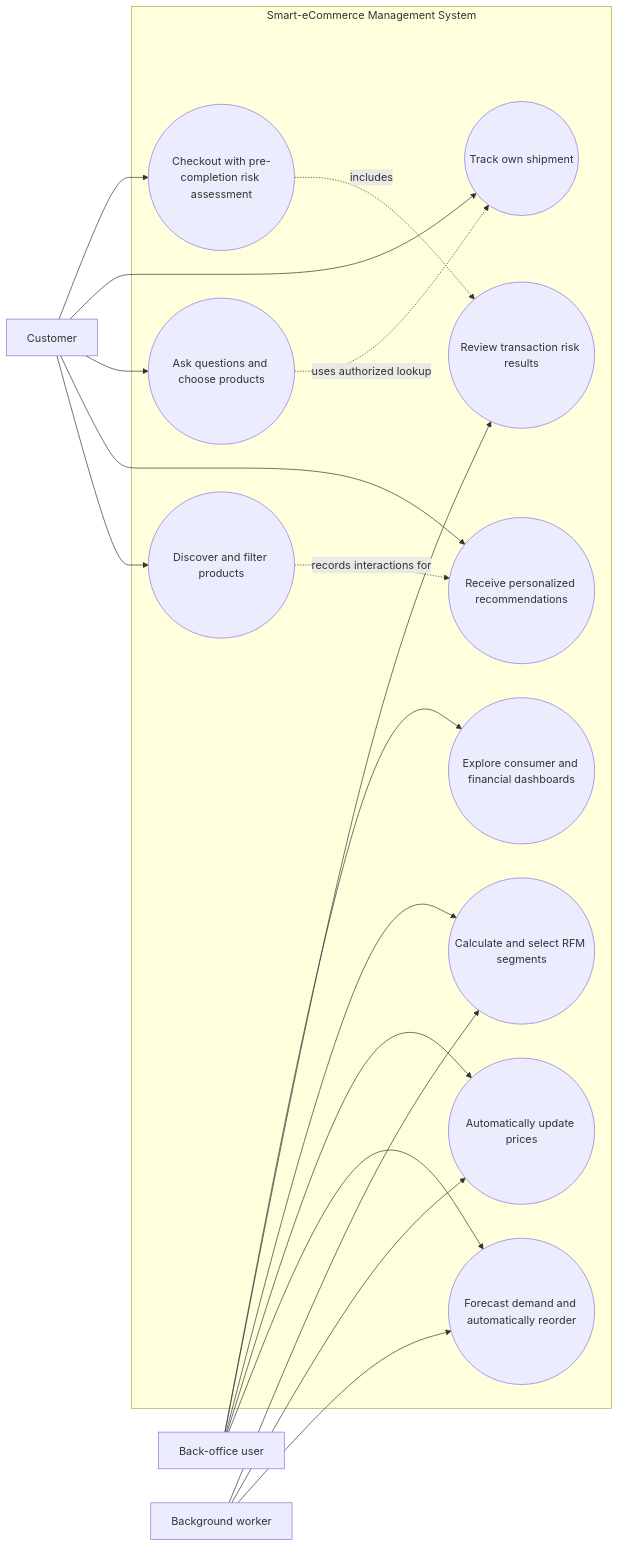
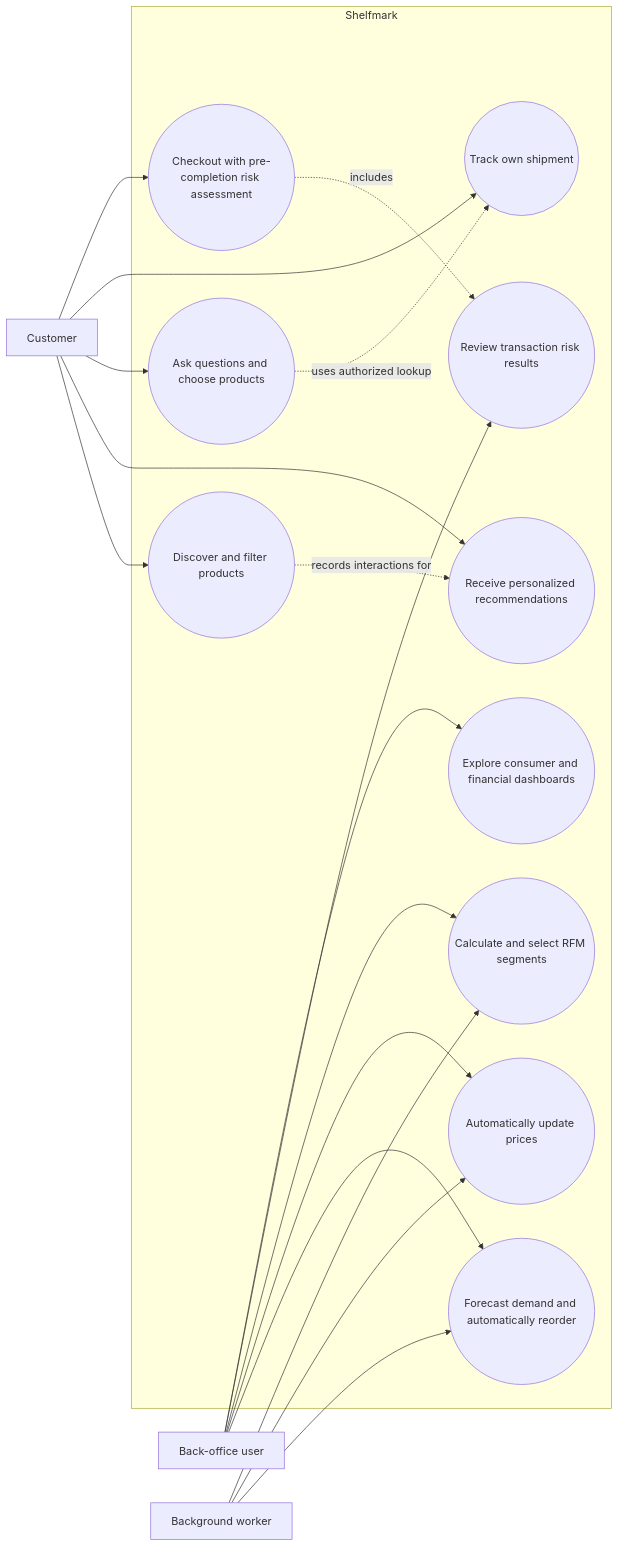
One commit to adham-samir/shelfmark changed the diagram in docs/diagrams/use-cases.md. Above: the diagram before and after it, drawn with Mermaid. The commit also changed 15 other files, not shown here.

````diff
--- a/docs/diagrams/use-cases.md
+++ b/docs/diagrams/use-cases.md
@@ -3,39 +3,39 @@
 ```mermaid
 flowchart LR
     customer[Customer]
     operator[Back-office user]
     worker[Background worker]
 
-    subgraph system[Smart-eCommerce Management System]
+    subgraph system[Shelfmark]
         discover((Discover and filter products))
         recommend((Receive personalized recommendations))
         assistant((Ask questions and choose products))
         track((Track own shipment))
         checkout((Checkout with pre-completion risk assessment))
         inventory((Forecast demand and automatically reorder))
         pricing((Automatically update prices))
         segment((Calculate and select RFM segments))
         risk((Review transaction risk results))
         dashboards((Explore consumer and financial dashboards))
     end
 
     customer --> discover
     customer --> recommend
     customer --> assistant
     customer --> track
     customer --> checkout
 
     operator --> inventory
     operator --> pricing
     operator --> segment
     operator --> risk
     operator --> dashboards
 
     worker --> inventory
     worker --> pricing
     worker --> segment
 
     checkout -. includes .-> risk
     assistant -. uses authorized lookup .-> track
     discover -. records interactions for .-> recommend
 ```
````
